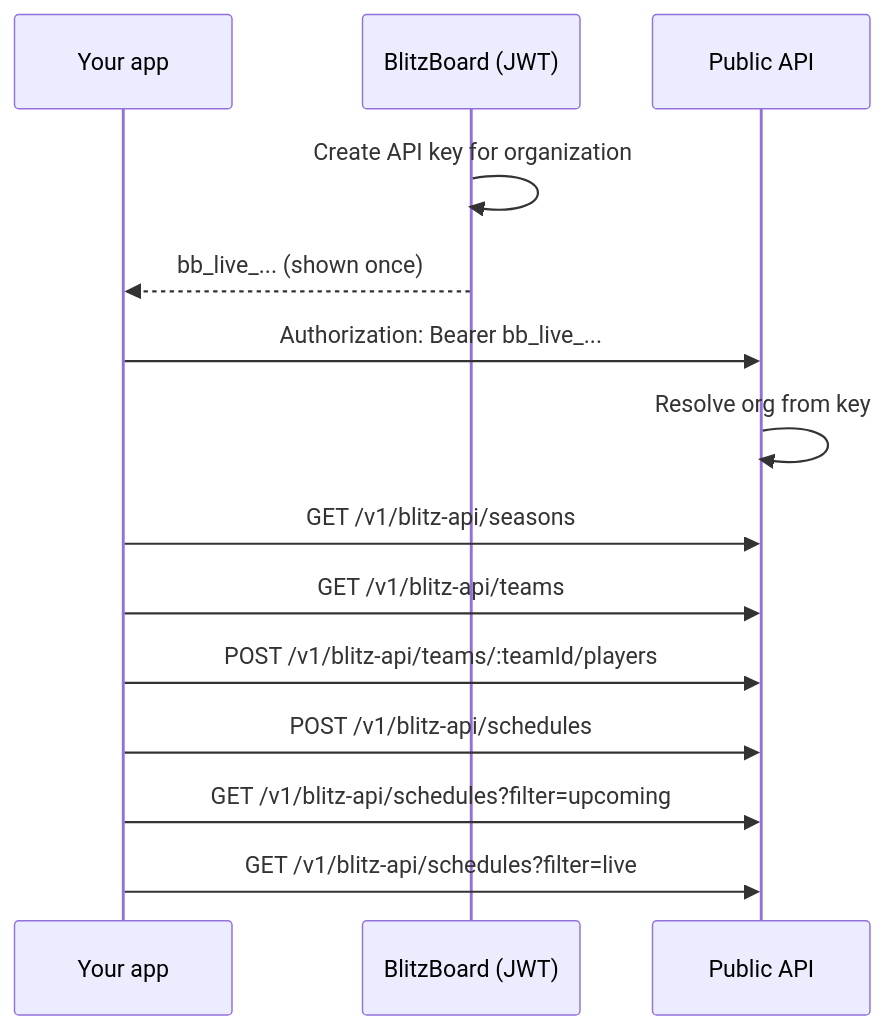
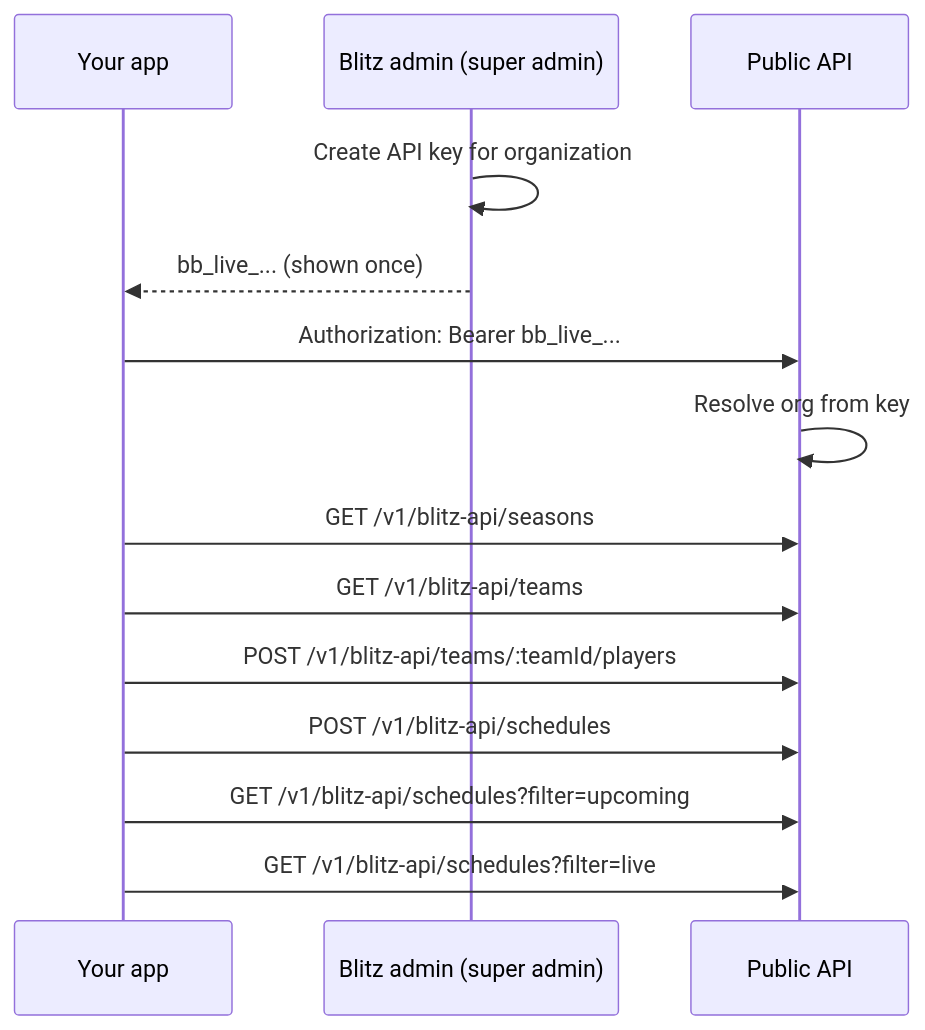
The diagram in index.mdx (kalebdiga/documentation), drawn with Mermaid before and after one commit. The commit also changed other lines of this file and 7 other files, not shown here.

````diff
--- a/index.mdx
+++ b/index.mdx
@@ -41,17 +41,17 @@
 ```mermaid
 sequenceDiagram
   participant App as Your app
-  participant Admin as BlitzBoard (JWT)
+  participant Admin as Blitz admin (super admin)
   participant API as Public API
 
   Admin->>Admin: Create API key for organization
   Admin-->>App: bb_live_... (shown once)
   App->>API: Authorization: Bearer bb_live_...
   API->>API: Resolve org from key
   App->>API: GET /v1/blitz-api/seasons
   App->>API: GET /v1/blitz-api/teams
   App->>API: POST /v1/blitz-api/teams/:teamId/players
   App->>API: POST /v1/blitz-api/schedules
   App->>API: GET /v1/blitz-api/schedules?filter=upcoming
   App->>API: GET /v1/blitz-api/schedules?filter=live
 ```
````
